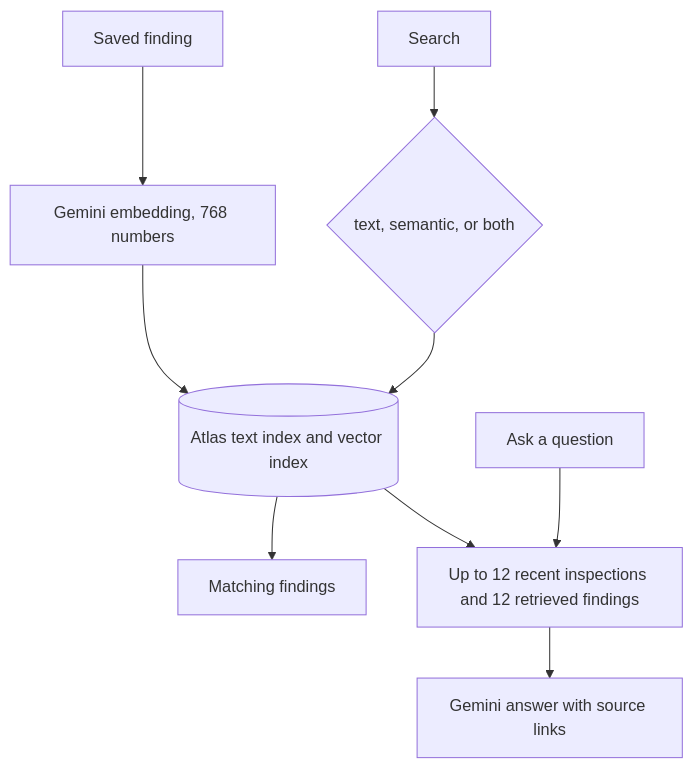
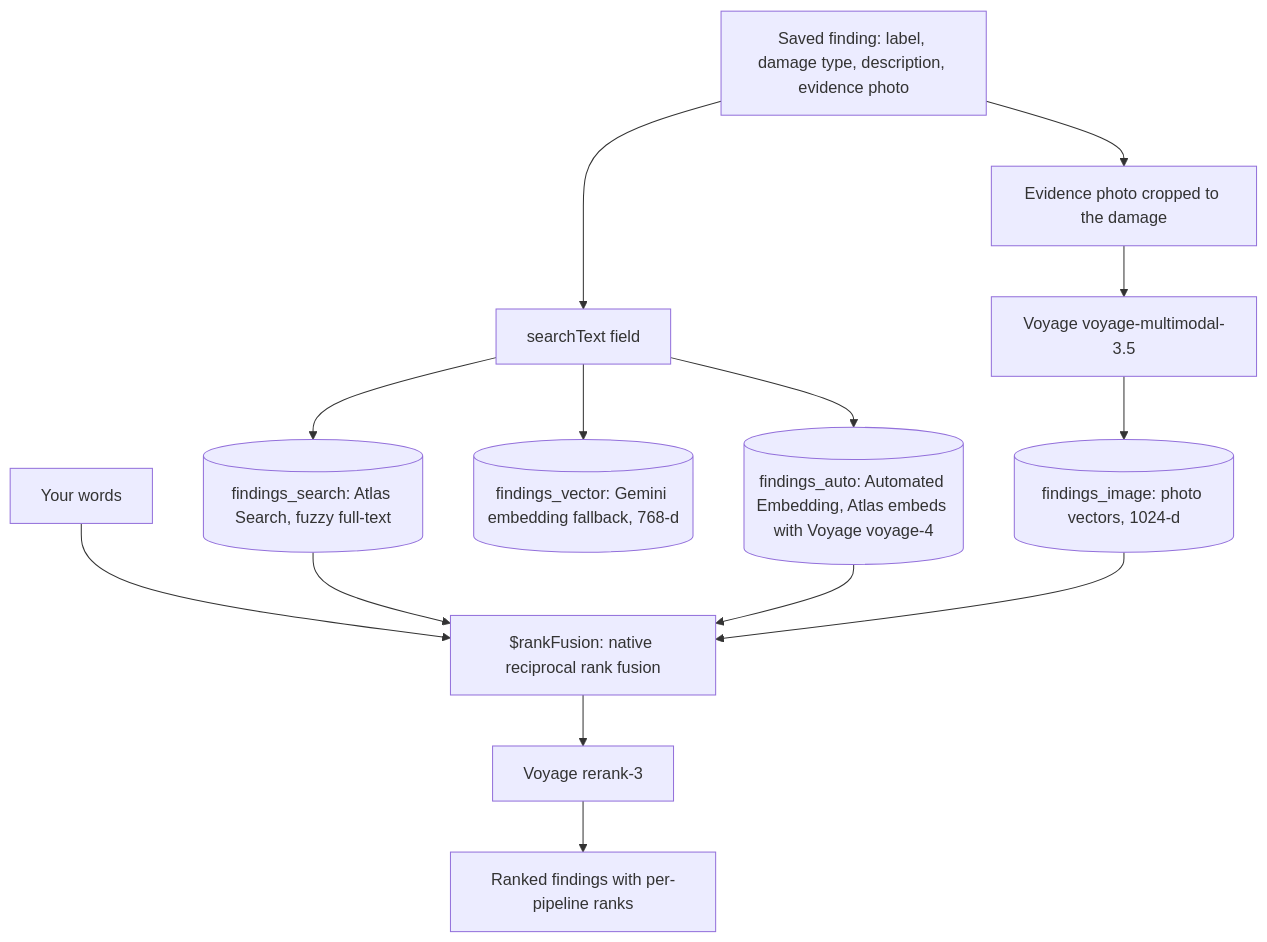
Diagram 11 of 12 in README.md (Borbezzz/Dwelld), drawn with Mermaid before and after one commit. The commit also changed other lines of this file and 24 other files, not shown here.

First line of the commit message:
Add Atlas hybrid search with Automated Embedding and Voyage, search lab, crack edge check, pitch docs

````diff
--- a/README.md
+++ b/README.md
@@ -449,11 +453,14 @@
 ```mermaid
 flowchart TD
-    Finding["Saved finding"] --> Embed["Gemini embedding, 768 numbers"]
-    Embed --> Atlas[("Atlas text index and vector index")]
-    Query["Search"] --> Mode{"text, semantic, or both"}
-    Mode --> Atlas
-    Atlas --> Hits["Matching findings"]
-    Ask["Ask a question"] --> Pack["Up to 12 recent inspections and 12 retrieved findings"]
-    Atlas --> Pack
-    Pack --> Answer["Gemini answer with source links"]
+    Finding["Saved finding: label, damage type, description, evidence photo"] --> Text["searchText field"]
+    Finding --> Crop["Evidence photo cropped to the damage"]
+    Text --> Auto[("findings_auto: Automated Embedding, Atlas embeds with Voyage voyage-4")]
+    Text --> Lex[("findings_search: Atlas Search, fuzzy full-text")]
+    Text --> Gem[("findings_vector: Gemini embedding fallback, 768-d")]
+    Crop --> VoyMM["Voyage voyage-multimodal-3.5"] --> Img[("findings_image: photo vectors, 1024-d")]
+    Query["Your words"] --> Fusion["$rankFusion: native reciprocal rank fusion"]
+    Lex --> Fusion
+    Auto --> Fusion
+    Img --> Fusion
+    Fusion --> Rerank["Voyage rerank-3"] --> Hits["Ranked findings with per-pipeline ranks"]
 ```
````
